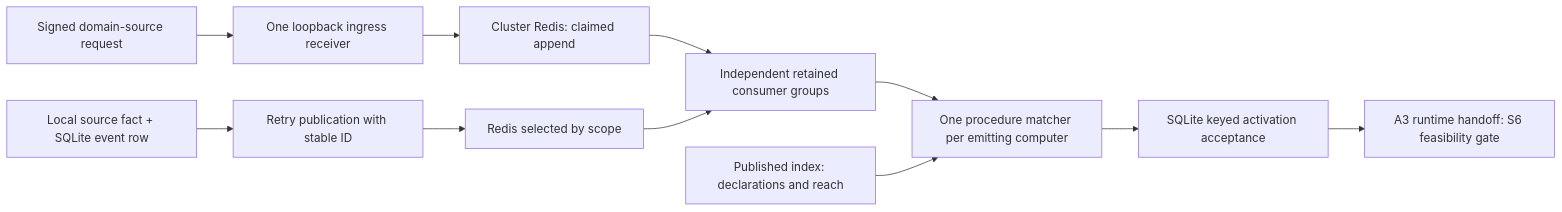
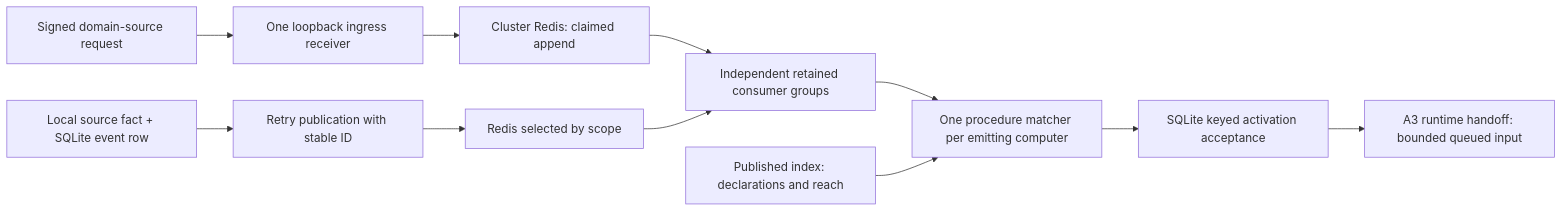
The fourth of 4 diagrams in docs/project/design/architecture/overview.md (InstruktAI/instrukt), drawn with Mermaid before and after one commit. The commit also changed other lines of this file and 334 other files, not shown here.

````diff
--- a/docs/project/design/architecture/overview.md
+++ b/docs/project/design/architecture/overview.md
@@ -256,13 +275,13 @@
 ```mermaid
 flowchart LR
   W[Signed domain-source request] --> I[One loopback ingress receiver]
   I --> C[Cluster Redis: claimed append]
   P[Local source fact + SQLite event row] --> H[Retry publication with stable ID]
   H --> R[Redis selected by scope]
   C --> Q[Independent retained consumer groups]
   R --> Q
   Q --> A[One procedure matcher per emitting computer]
   X[Published index: declarations and reach] --> A
   A --> D[SQLite keyed activation acceptance]
-  D --> T[A3 runtime handoff: S6 feasibility gate]
+  D --> T[A3 runtime handoff: bounded queued input]
 ```
````
